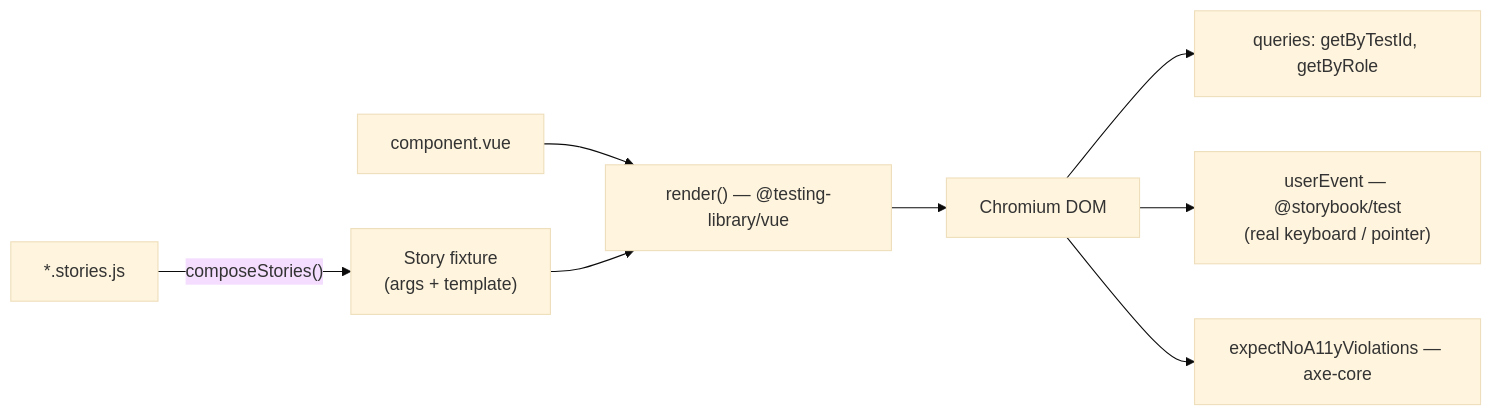
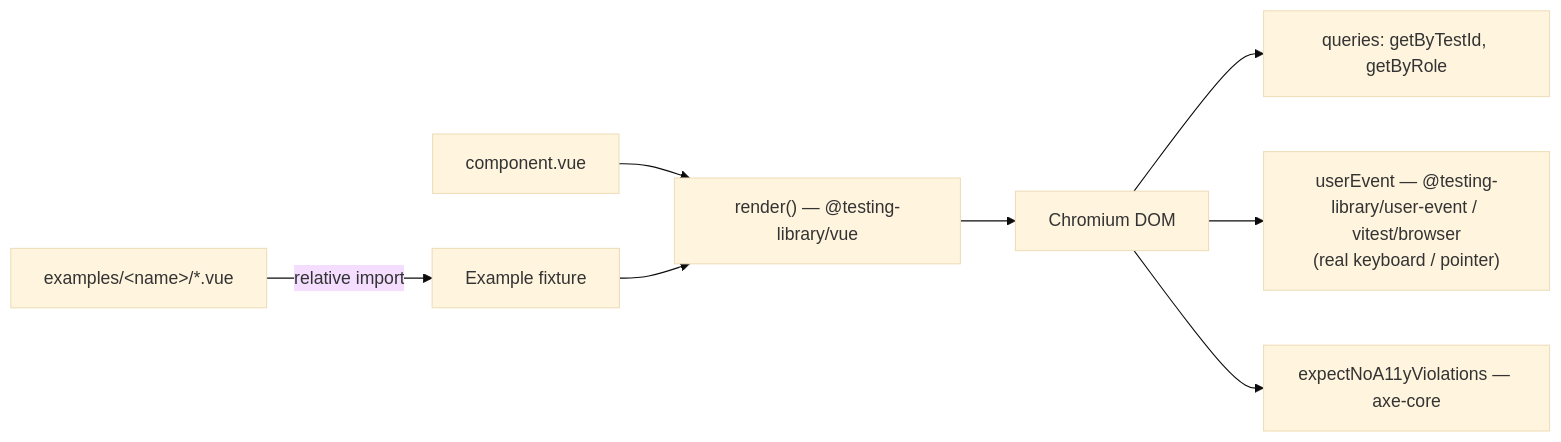
The second of 3 diagrams in .claude/docs/OVERVIEW_TESTS.md (aziontech/webkit), drawn with Mermaid (base theme) before and after one commit. The commit also changed other lines of this file and 317 other files, not shown here.

````diff
--- a/.claude/docs/OVERVIEW_TESTS.md
+++ b/.claude/docs/OVERVIEW_TESTS.md
@@ -89,10 +89,10 @@
 ```mermaid
 flowchart LR
-    S["*.stories.js"] -->|"composeStories()"| F["Story fixture<br/>(args + template)"]
+    E["examples/&lt;name&gt;/*.vue"] -->|"relative import"| F["Example fixture"]
     C["component.vue"] --> R["render() — @testing-library/vue"]
     F --> R
     R --> B["Chromium DOM"]
     B --> A1["queries: getByTestId, getByRole"]
-    B --> A2["userEvent — @storybook/test<br/>(real keyboard / pointer)"]
+    B --> A2["userEvent — @testing-library/user-event / vitest/browser<br/>(real keyboard / pointer)"]
     B --> A3["expectNoA11yViolations — axe-core"]
 ```
````
